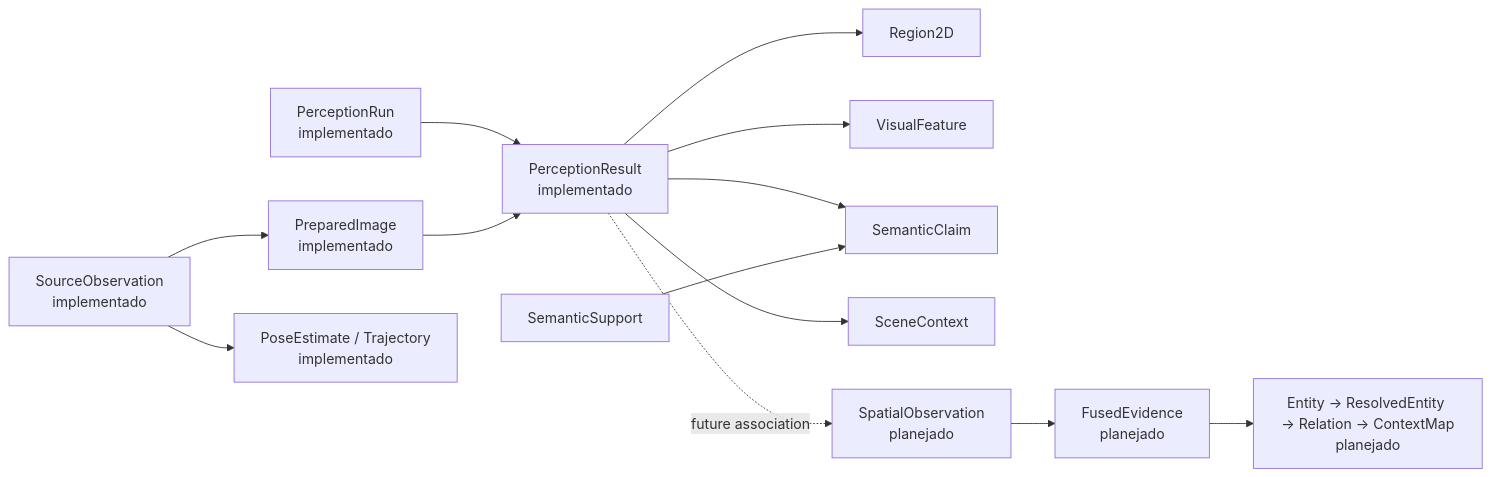
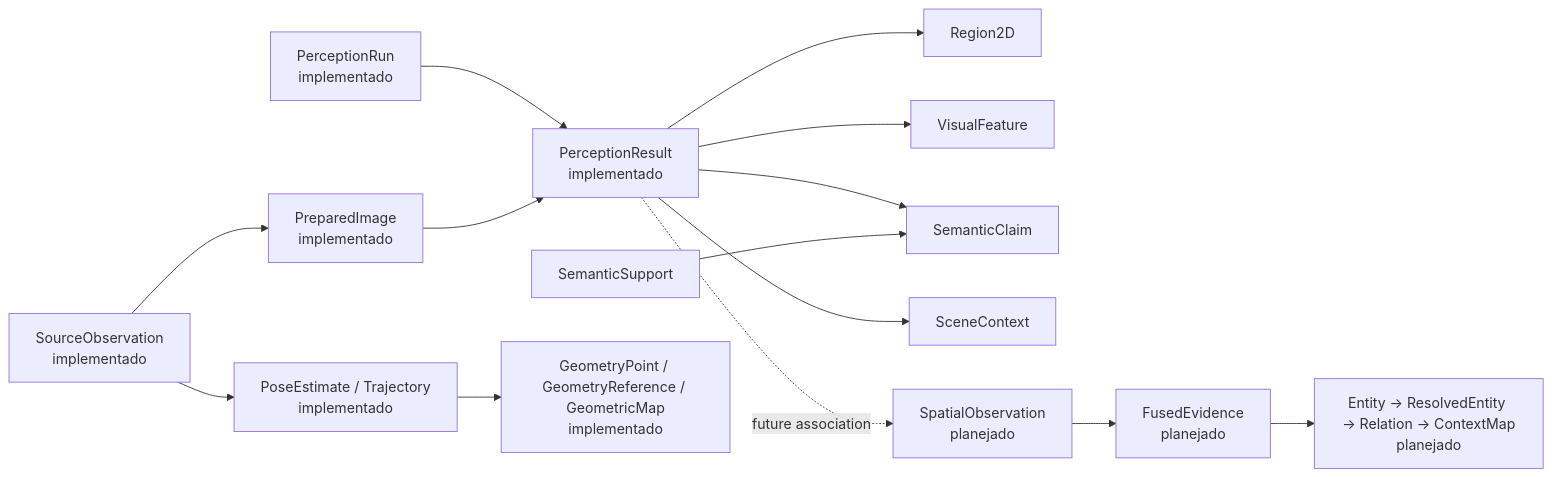
One commit to Alexandre-Tortoza/contextmap2 changed the first of 4 diagrams in docs/CONTRACTS.md. Above: the diagram before and after it, drawn with Mermaid. The commit also changed other lines of this file and 6 other files, not shown here.

````diff
--- a/docs/CONTRACTS.md
+++ b/docs/CONTRACTS.md
@@ -22,15 +22,16 @@
 ```mermaid
 flowchart LR
     SO["SourceObservation<br/>implementado"] --> PI["PreparedImage<br/>implementado"]
     RUN["PerceptionRun<br/>implementado"] --> PR["PerceptionResult<br/>implementado"]
     PI --> PR
     PR --> R["Region2D"]
     PR --> VF["VisualFeature"]
     PR --> SC["SemanticClaim"]
     PR --> CTX["SceneContext"]
     SS["SemanticSupport"] --> SC
     SO --> PE["PoseEstimate / Trajectory<br/>implementado"]
+    PE --> GR["GeometryPoint / GeometryReference / GeometricMap<br/>implementado"]
     PR -. future association .-> SP["SpatialObservation<br/>planejado"]
     SP --> FE["FusedEvidence<br/>planejado"]
     FE --> E["Entity → ResolvedEntity → Relation → ContextMap<br/>planejado"]
 ```
````
